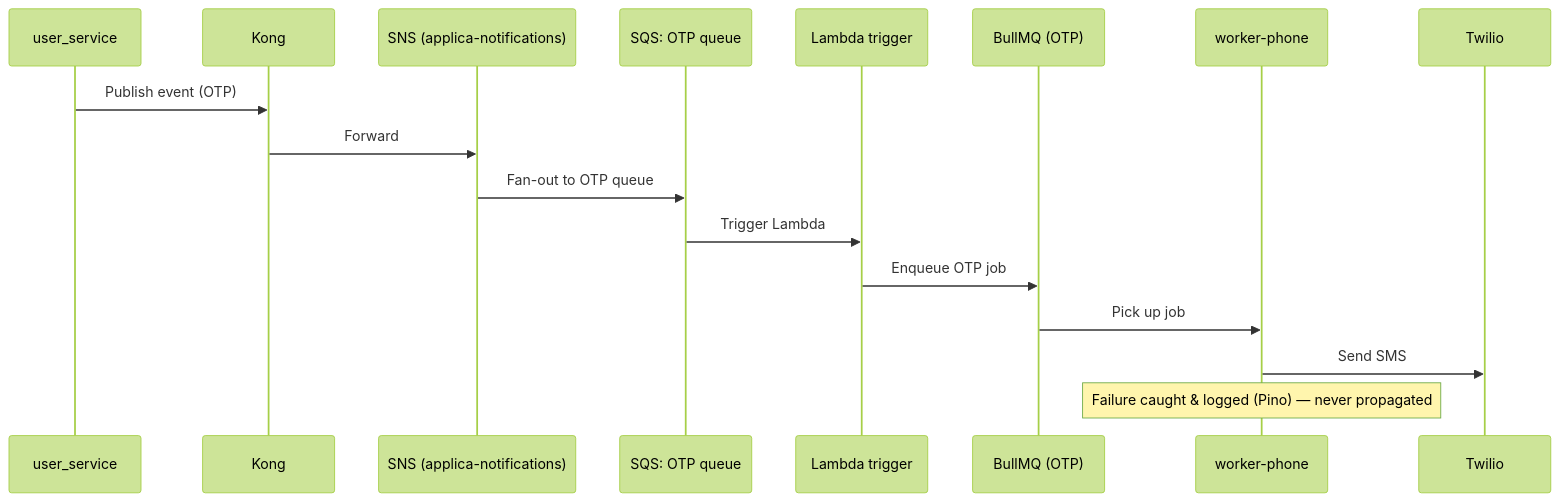
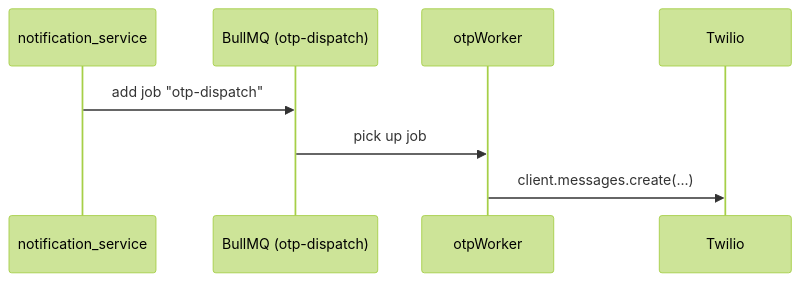
The second of 3 diagrams in docs/services/notification-service/README.md (fazilchengapra/applica), drawn with Mermaid (forest theme) before and after one commit. The commit also changed other lines of this file and 31 other files, not shown here.

````diff
--- a/docs/services/notification-service/README.md
+++ b/docs/services/notification-service/README.md
@@ -93,20 +62,11 @@
 ```mermaid
 sequenceDiagram
-    participant U as user_service
-    participant K as Kong
-    participant SNS as SNS (applica-notifications)
-    participant SQS as SQS: OTP queue
-    participant L as Lambda trigger
-    participant BQ as BullMQ (OTP)
-    participant W as worker-phone
+    participant N as notification_service
+    participant Q as BullMQ (otp-dispatch)
+    participant W as otpWorker
     participant T as Twilio
 
-    U->>K: Publish event (OTP)
-    K->>SNS: Forward
-    SNS->>SQS: Fan-out to OTP queue
-    SQS->>L: Trigger Lambda
-    L->>BQ: Enqueue OTP job
-    BQ->>W: Pick up job
-    W->>T: Send SMS
-    Note over W: Failure caught & logged (Pino) — never propagated
+    N->>Q: add job "otp-dispatch"
+    Q->>W: pick up job
+    W->>T: client.messages.create(...)
 ```
````
